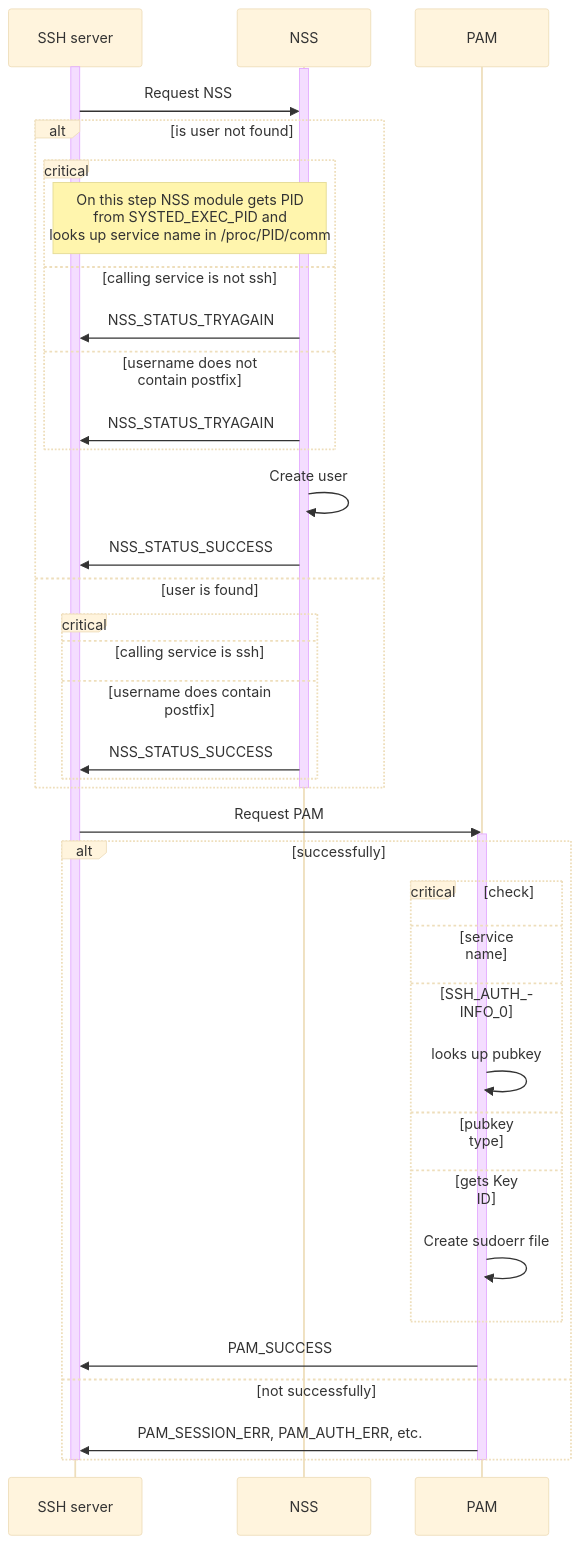
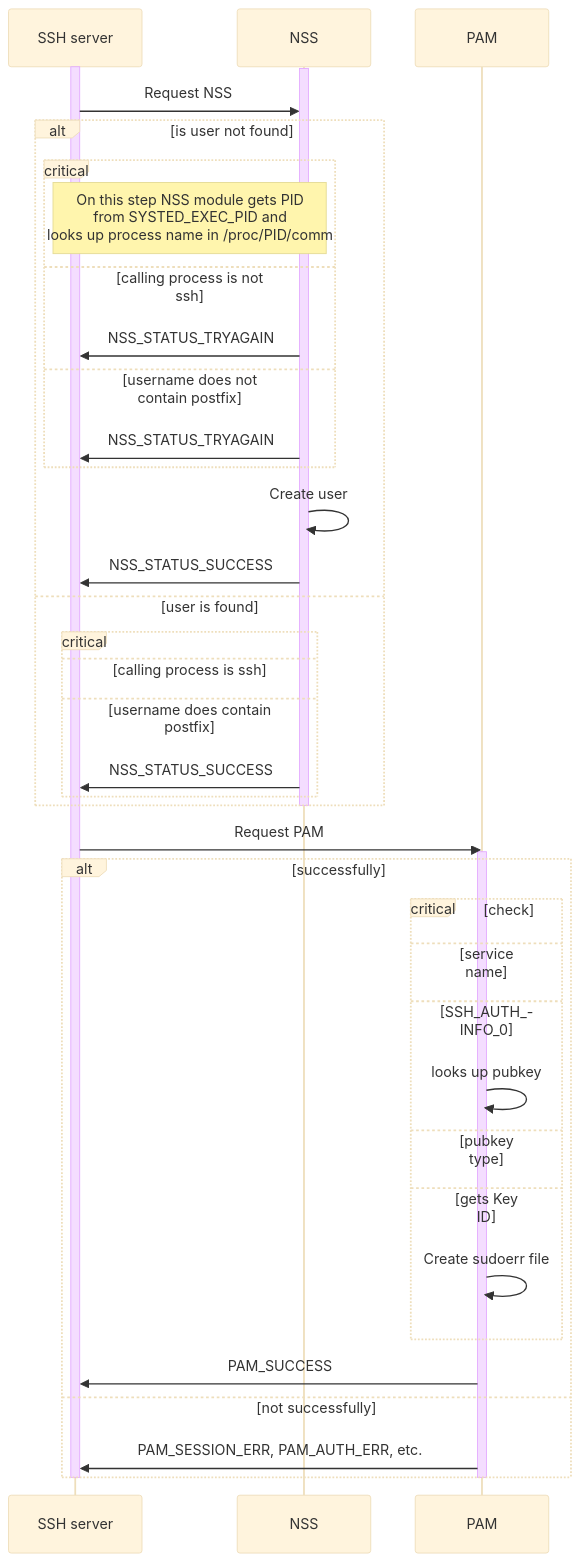
One commit to efrikin/rfds changed the diagram in 0001/diagrams/06-ssh-nss-pam-custom.mmd. Above: the diagram before and after it, drawn with Mermaid (base theme).

Commit message:
change service to process in diagram

```diff
--- a/0001/diagrams/06-ssh-nss-pam-custom.mmd
+++ b/0001/diagrams/06-ssh-nss-pam-custom.mmd
@@ -1,42 +1,42 @@
 sequenceDiagram
     participant s as SSH server
     participant n as NSS
     participant p as PAM
     activate s
     activate n
     s ->> n: Request NSS
     alt is user not found
         critical
-            Note over s, n: On this step NSS module gets PID <br/>from SYSTED_EXEC_PID and <br/>looks up service name in /proc/PID/comm
-            option calling service is not ssh
+            Note over s, n: On this step NSS module gets PID <br/>from SYSTED_EXEC_PID and <br/>looks up process name in /proc/PID/comm
+            option calling process is not ssh
                 n ->> s: NSS_STATUS_TRYAGAIN
             option username does not contain postfix
                 n ->> s: NSS_STATUS_TRYAGAIN
         end
         n ->> n: Create user
         n ->> s: NSS_STATUS_SUCCESS
     else user is found
         critical
-            option calling service is ssh
+            option calling process is ssh
             option username does contain postfix
                 n ->> s: NSS_STATUS_SUCCESS
         end
     end
     deactivate n
     s->>p: Request PAM
     activate p
     alt successfully
         critical check
         option service name
         option SSH_AUTH_INFO_0
             p ->> p: looks up pubkey
         option pubkey type
         option gets Key ID
             p->> p: Create sudoerr file
         end
         p->>s:PAM_SUCCESS
     else not successfully
         p->>s: PAM_SESSION_ERR, PAM_AUTH_ERR, etc.
     end
     deactivate p
     deactivate s
```
